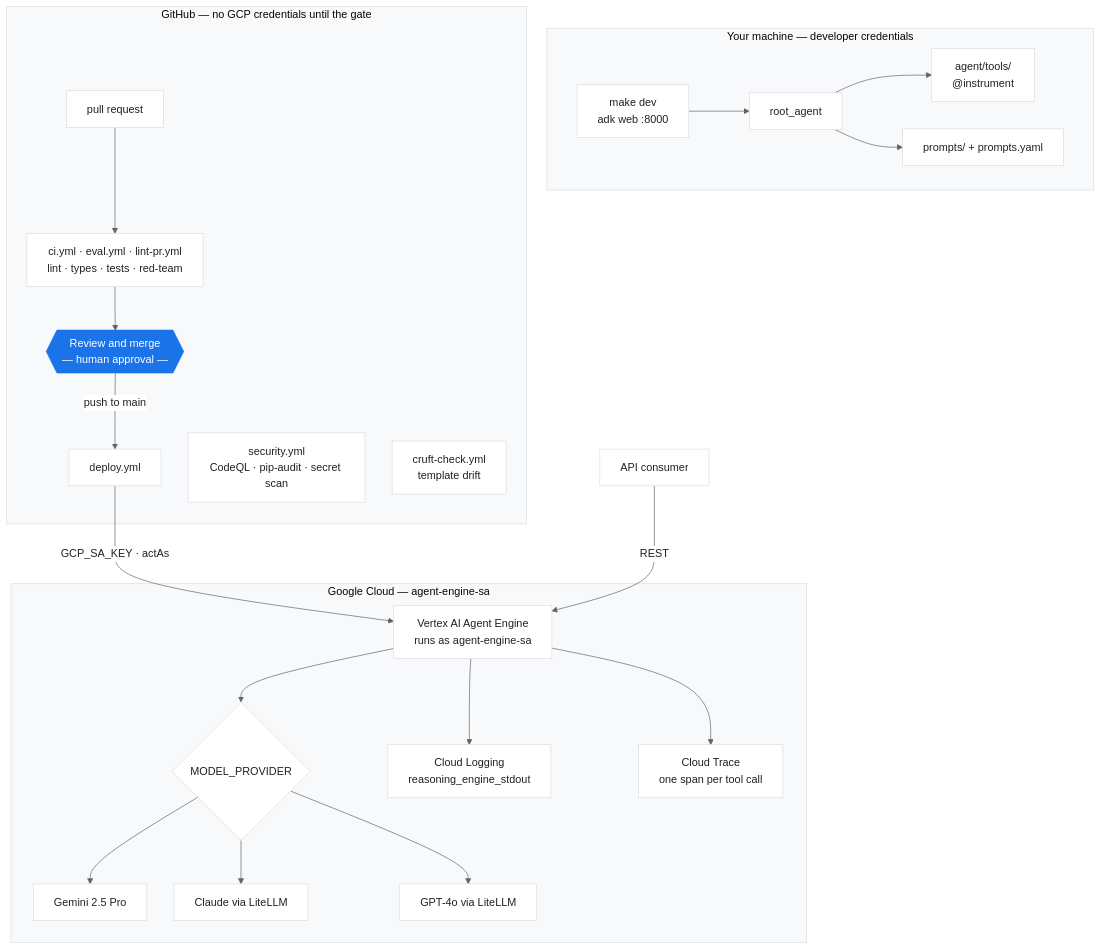
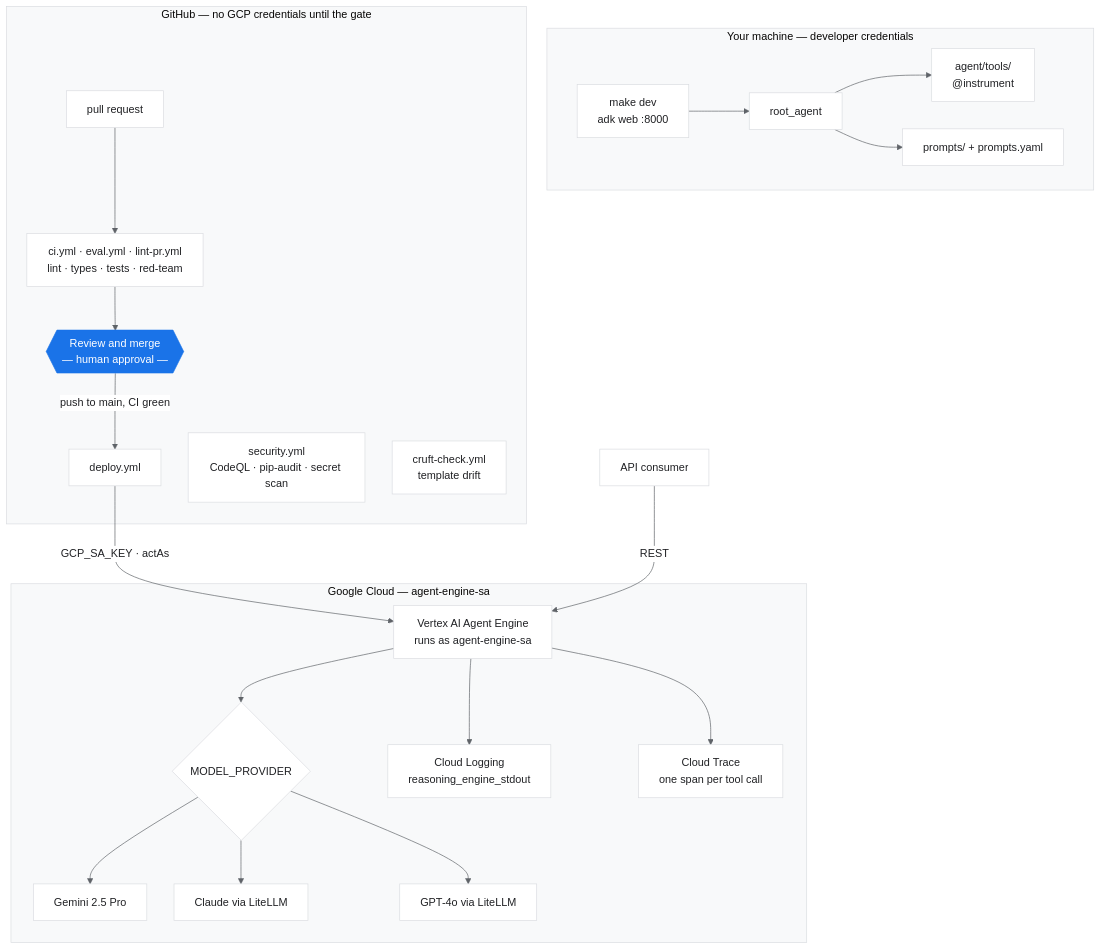
One commit to danielvogler/agent-deployment-template changed the diagram in {{cookiecutter.project_slug}}/README.md. Above: the diagram before and after it, drawn with Mermaid. The commit also changed other lines of this file and 9 other files, not shown here.

````diff
--- a/{{cookiecutter.project_slug}}/README.md
+++ b/{{cookiecutter.project_slug}}/README.md
@@ -49,33 +49,33 @@
 ```mermaid
 %%{init: {"theme":"base","themeVariables":{"primaryColor":"#FFFFFF","primaryTextColor":"#202124","primaryBorderColor":"#DADCE0","lineColor":"#5F6368","secondaryColor":"#F8F9FA","tertiaryColor":"#F8F9FA","clusterBkg":"#F8F9FA","clusterBorder":"#DADCE0","edgeLabelBackground":"#FFFFFF"},"flowchart":{"curve":"basis","nodeSpacing":40,"rankSpacing":64,"useMaxWidth":true}} }%%
 flowchart TD
     subgraph trusted["Your machine — developer credentials"]
         DEV["make dev<br/>adk web :8000"] --> ROOT["root_agent"]
         ROOT --> TOOLS["agent/tools/<br/>@instrument"]
         ROOT --> PROMPTS["prompts/ + prompts.yaml"]
     end
 
     subgraph github["GitHub — no GCP credentials until the gate"]
         PR["pull request"] --> CHECKS["ci.yml · eval.yml · lint-pr.yml<br/>lint · types · tests · red-team"]
         CHECKS --> REVIEW{{"Review and merge<br/>— human approval —"}}
-        REVIEW -->|push to main| DEPLOY["deploy.yml"]
+        REVIEW -->|"push to main, CI green"| DEPLOY["deploy.yml"]
         SEC["security.yml<br/>CodeQL · pip-audit · secret scan"]
         DRIFT["cruft-check.yml<br/>template drift"]
     end
 
     subgraph gcp["Google Cloud — agent-engine-sa"]
         ENGINE["Vertex AI Agent Engine<br/>runs as agent-engine-sa"]
         ENGINE --> MODEL{MODEL_PROVIDER}
         MODEL --> G["Gemini 2.5 Pro"]
         MODEL --> CL["Claude via LiteLLM"]
         MODEL --> OAI["GPT-4o via LiteLLM"]
         ENGINE --> LOG["Cloud Logging<br/>reasoning_engine_stdout"]
         ENGINE --> TRACE["Cloud Trace<br/>one span per tool call"]
     end
 
     DEPLOY -->|GCP_SA_KEY · actAs| ENGINE
     CLIENT["API consumer"] -->|REST| ENGINE
 
     classDef approval fill:#1A73E8,stroke:#1A73E8,color:#FFFFFF;
     class REVIEW approval;
 ```
````
